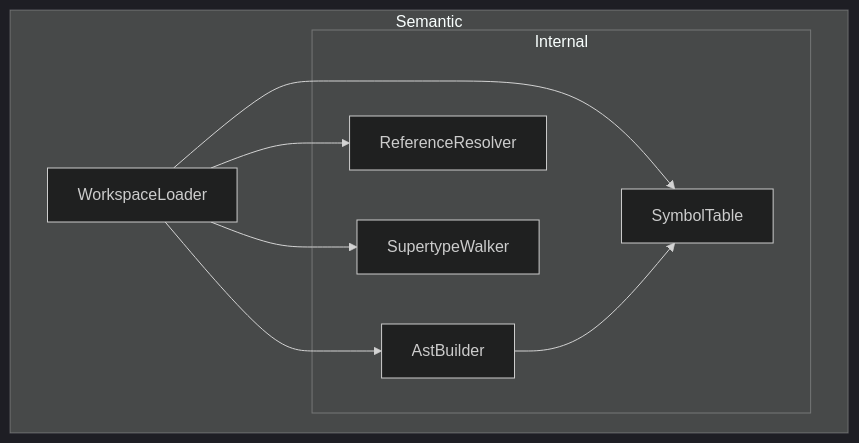
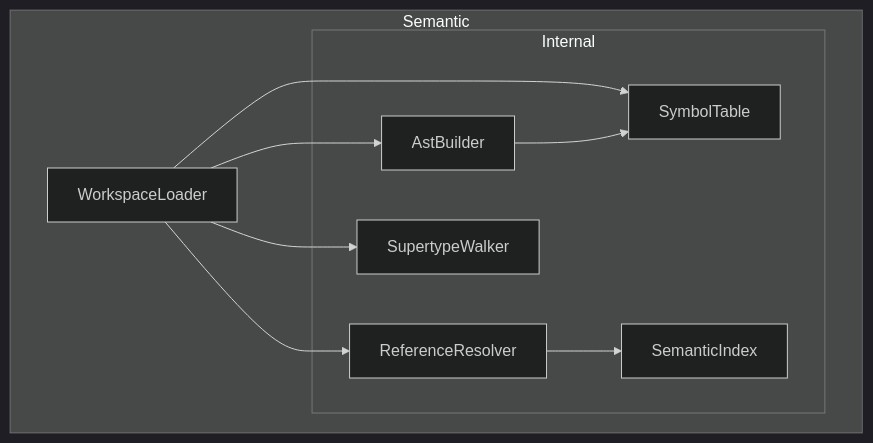
Before and after one commit to demaconsulting/SysML2Tools: the diagram in docs/design/sysml2-tools-language/semantic.md, drawn with Mermaid (dark theme). The commit also changed other lines of this file and 94 other files, not shown here.

First line of the commit message:
Refactor roadmap and enhance query command with CLI improvements (#13)

````diff
--- a/docs/design/sysml2-tools-language/semantic.md
+++ b/docs/design/sysml2-tools-language/semantic.md
@@ -14,17 +15,19 @@
 ```mermaid
 flowchart TD
     subgraph Semantic
         WorkspaceLoader
         subgraph Internal
             AstBuilder
             SymbolTable
             ReferenceResolver
             SupertypeWalker
+            SemanticIndex
         end
     end
     WorkspaceLoader --> AstBuilder
     WorkspaceLoader --> SymbolTable
     WorkspaceLoader --> ReferenceResolver
     WorkspaceLoader --> SupertypeWalker
     AstBuilder --> SymbolTable
+    ReferenceResolver --> SemanticIndex
 ```
````
